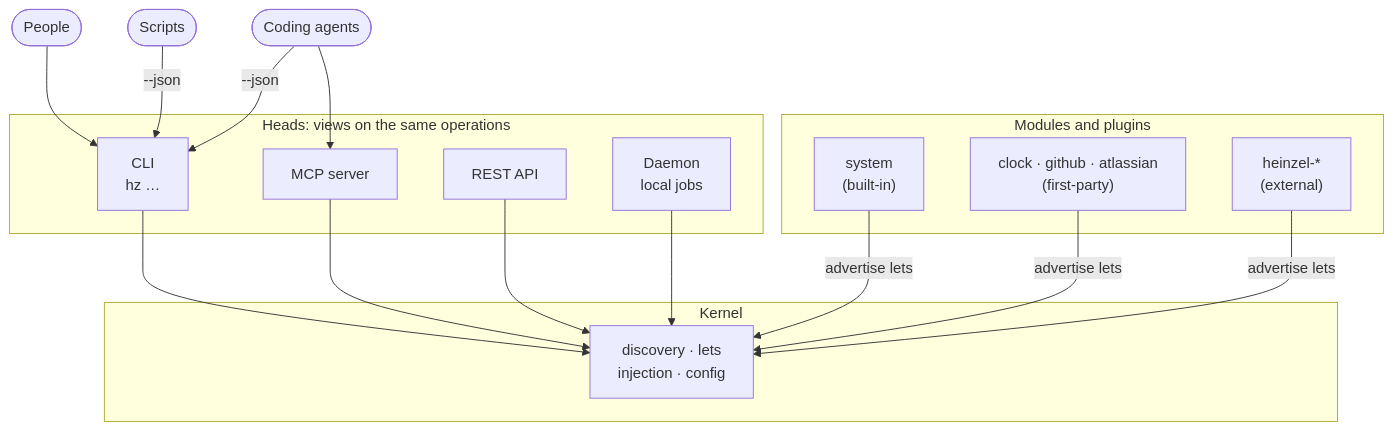
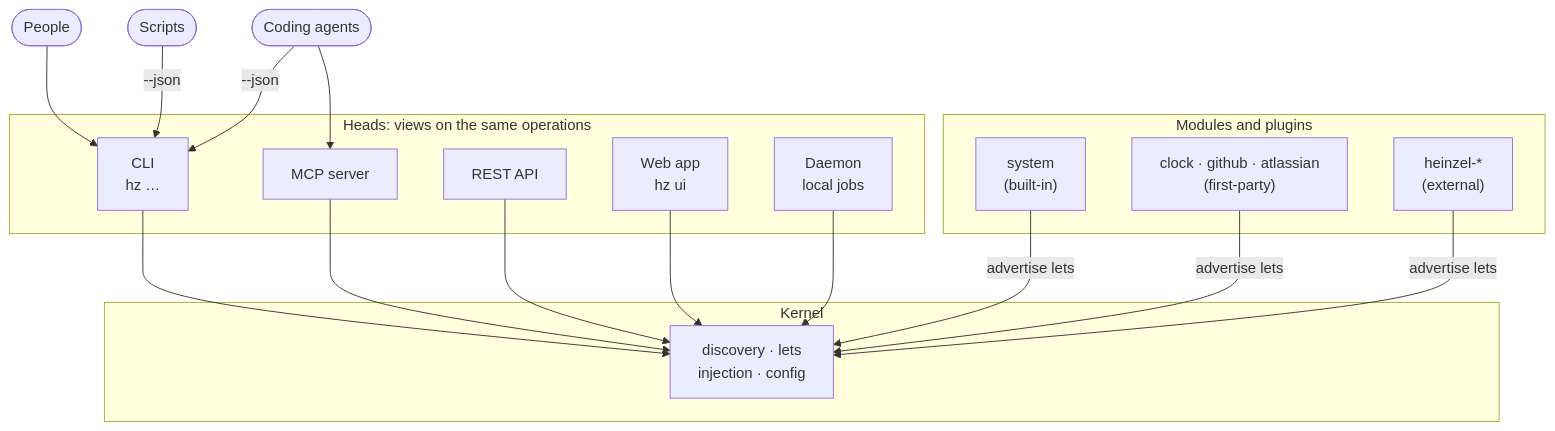
Before and after one commit to helmut-hoffer-von-ankershoffen/heinzel: the diagram in README.md, drawn with Mermaid. The commit also changed other lines of this file and 138 other files, not shown here.

````diff
--- a/README.md
+++ b/README.md
@@ -96,23 +95,24 @@
 ```mermaid
 flowchart TB
     People(["People"]) --> CLI
     Scripts(["Scripts"]) -- "--json" --> CLI
     Agents(["Coding agents"]) -- "--json" --> CLI
     Agents --> MCP
     subgraph Heads["Heads: views on the same operations"]
         CLI["CLI<br/>hz …"]
         MCP["MCP server"]
         REST["REST API"]
+        Web["Web app<br/>hz ui"]
         Daemon["Daemon<br/>local jobs"]
     end
     subgraph Kernel["Kernel"]
         Core["discovery · lets<br/>injection · config"]
     end
     subgraph Modules["Modules and plugins"]
         System["system<br/>(built-in)"]
         Clock["clock · github · atlassian<br/>(first-party)"]
         Ext["heinzel-*<br/>(external)"]
     end
-    CLI & MCP & REST & Daemon --> Core
+    CLI & MCP & REST & Web & Daemon --> Core
     System & Clock & Ext -- "advertise lets" --> Core
 ```
````
